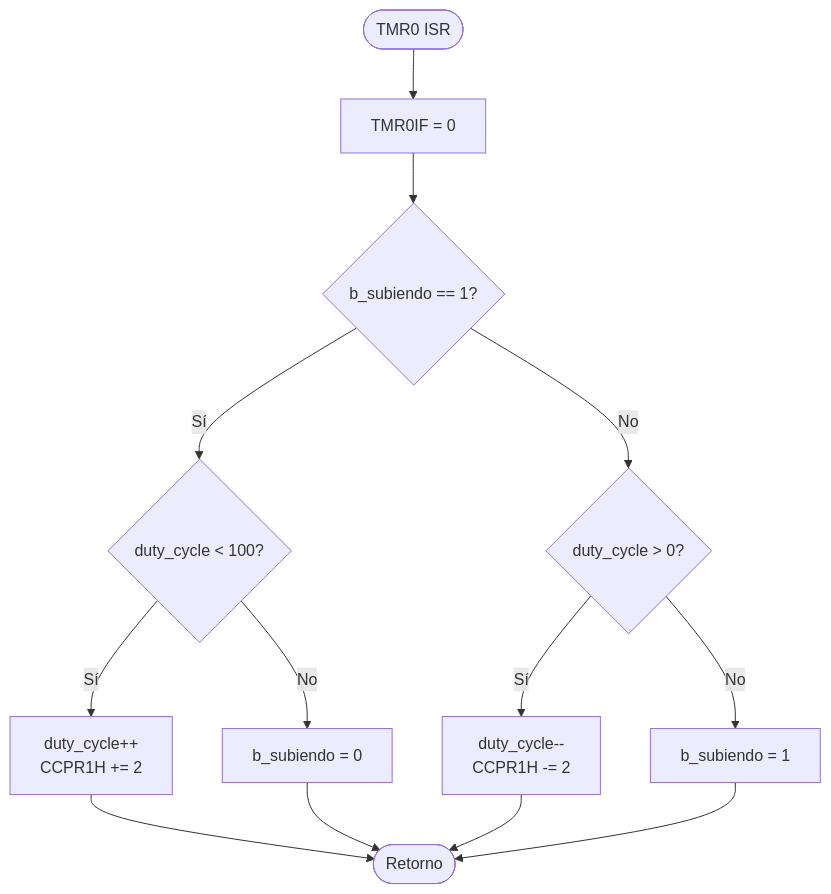
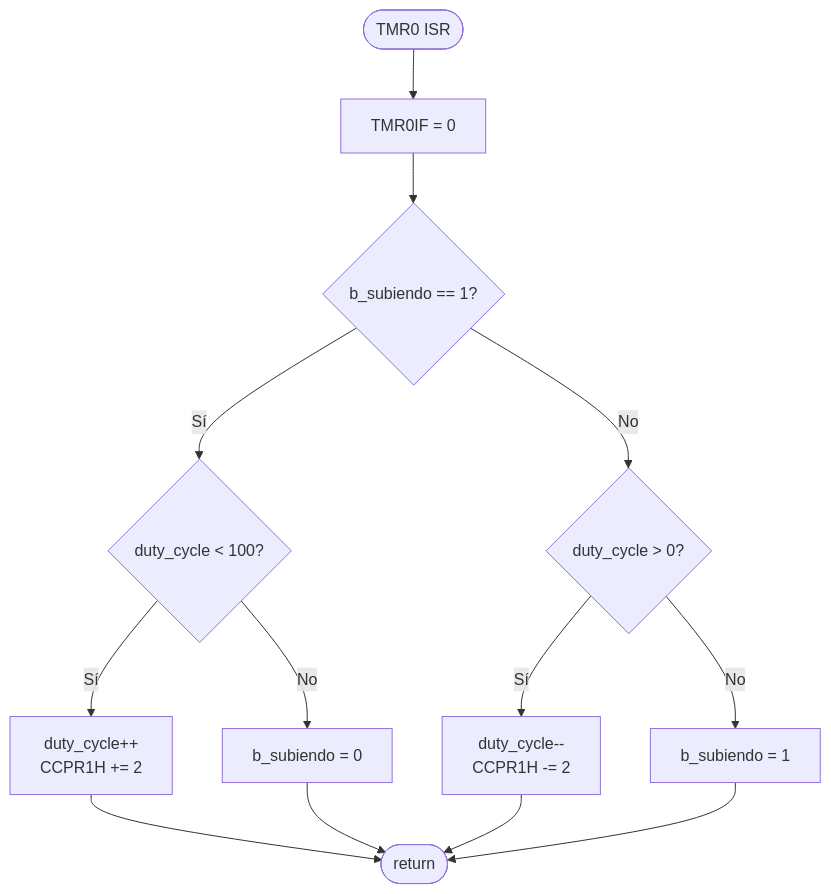
The second of 2 diagrams in README.md (remgo696/PIC18F47Q10-FadingLED), drawn with Mermaid before and after one commit. The commit also changed other lines of this file, not shown here.

````diff
--- a/README.md
+++ b/README.md
@@ -309,20 +293,20 @@
 ```mermaid
 flowchart TD
     A([TMR0 ISR]) --> B["TMR0IF = 0"]
     B --> C{"b_subiendo == 1?"}
 
     C -- Sí --> D{"duty_cycle < 100?"}
     D -- Sí --> E["duty_cycle++
     CCPR1H += 2"]
     D -- No --> F["b_subiendo = 0"]
 
     C -- No --> G{"duty_cycle > 0?"}
     G -- Sí --> H["duty_cycle--
     CCPR1H -= 2"]
     G -- No --> I["b_subiendo = 1"]
 
-    E --> J([Retorno])
+    E --> J([return])
     F --> J
     H --> J
     I --> J
 ```
````
